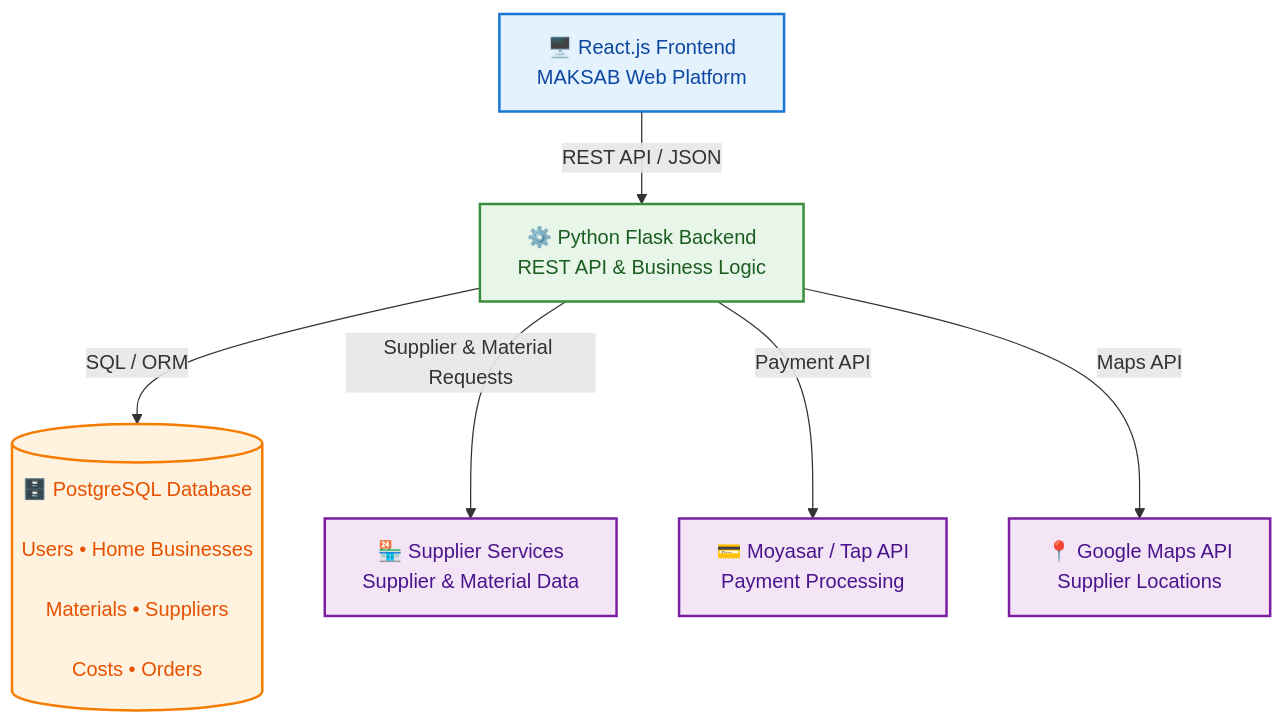
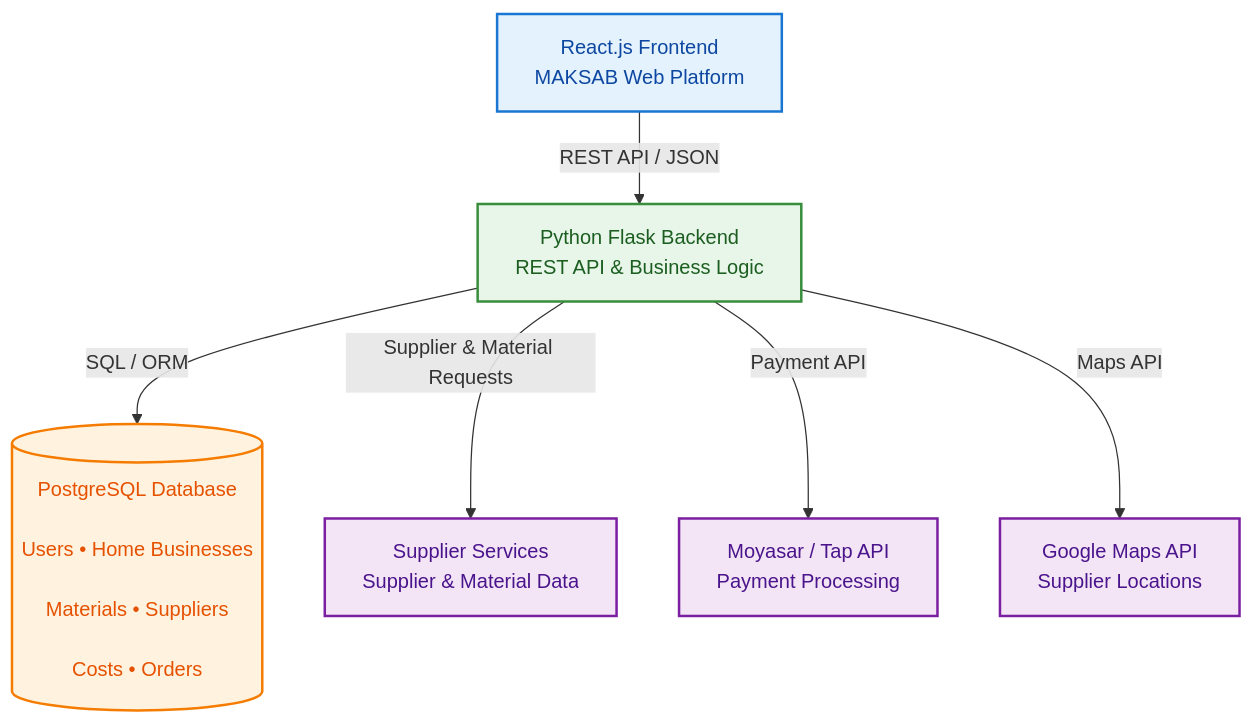
One commit to Ryma976/Portfolio_Project changed the second of 3 diagrams in Stage3/README.md. Above: the diagram before and after it, drawn with Mermaid. The commit also changed other lines of this file, not shown here.

````diff
--- a/Stage3/README.md
+++ b/Stage3/README.md
@@ -88,38 +88,38 @@
 ```mermaid
 flowchart TB
 
-    A["🖥️ React.js Frontend<br/>MAKSAB Web Platform"]
+    A[" React.js Frontend<br/>MAKSAB Web Platform"]
 
-    B["⚙️ Python Flask Backend<br/>REST API & Business Logic"]
+    B[" Python Flask Backend<br/>REST API & Business Logic"]
 
-    C[("🗄️ PostgreSQL Database<br/>
+    C[(" PostgreSQL Database<br/>
     Users • Home Businesses<br/>
     Materials • Suppliers<br/>
     Costs • Orders")]
 
-    D["🏪 Supplier Services<br/>Supplier & Material Data"]
+    D[" Supplier Services<br/>Supplier & Material Data"]
 
-    E["💳 Moyasar / Tap API<br/>Payment Processing"]
+    E[" Moyasar / Tap API<br/>Payment Processing"]
 
-    F["📍 Google Maps API<br/>Supplier Locations"]
+    F[" Google Maps API<br/>Supplier Locations"]
 
     A -->|"REST API / JSON"| B
 
     B -->|"SQL / ORM"| C
 
     B -->|"Supplier & Material Requests"| D
 
     B -->|"Payment API"| E
 
     B -->|"Maps API"| F
 
     classDef frontend fill:#E3F2FD,stroke:#1976D2,stroke-width:2px,color:#0D47A1
     classDef backend fill:#E8F5E9,stroke:#388E3C,stroke-width:2px,color:#1B5E20
     classDef database fill:#FFF3E0,stroke:#F57C00,stroke-width:2px,color:#E65100
     classDef external fill:#F3E5F5,stroke:#7B1FA2,stroke-width:2px,color:#4A148C
 
     class A frontend
     class B backend
     class C database
     class D,E,F external
 ```
````
